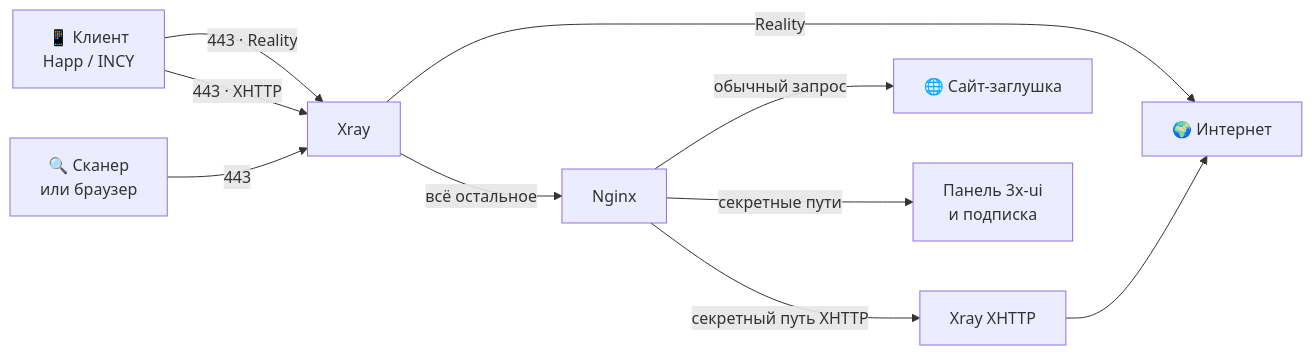
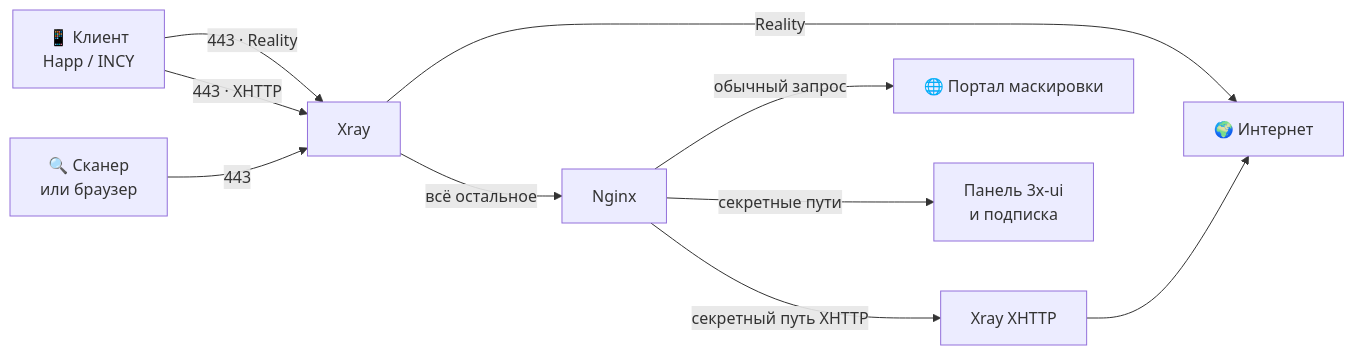
One commit to vaalaav/SuperTurbo3XUI-2 changed the diagram in README.md. Above: the diagram before and after it, drawn with Mermaid. The commit also changed other lines of this file, not shown here.

Commit message:
docs(readme): обновить описание под многостраничные порталы маскировки

````diff
--- a/README.md
+++ b/README.md
@@ -128,11 +129,11 @@
 ```mermaid
 flowchart LR
     C["📱 Клиент<br/>Happ / INCY"] -->|"443 · Reality"| X["Xray"]
     C -->|"443 · XHTTP"| X
     P["🔍 Сканер<br/>или браузер"] -->|"443"| X
     X -->|"Reality"| I["🌍 Интернет"]
     X -->|"всё остальное"| N["Nginx"]
     N -->|"секретный путь XHTTP"| XH["Xray XHTTP"] --> I
-    N -->|"обычный запрос"| S["🌐 Сайт-заглушка"]
+    N -->|"обычный запрос"| S["🌐 Портал маскировки"]
     N -->|"секретные пути"| U["Панель 3x-ui<br/>и подписка"]
 ```
````
